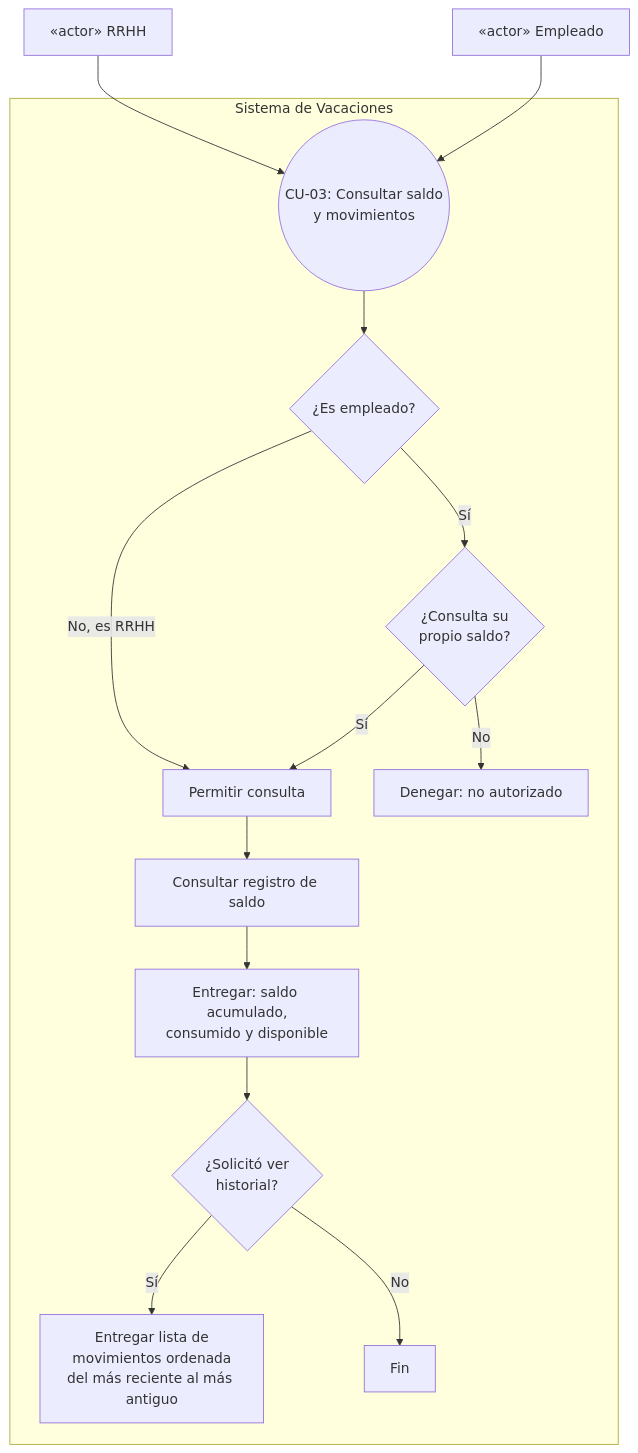
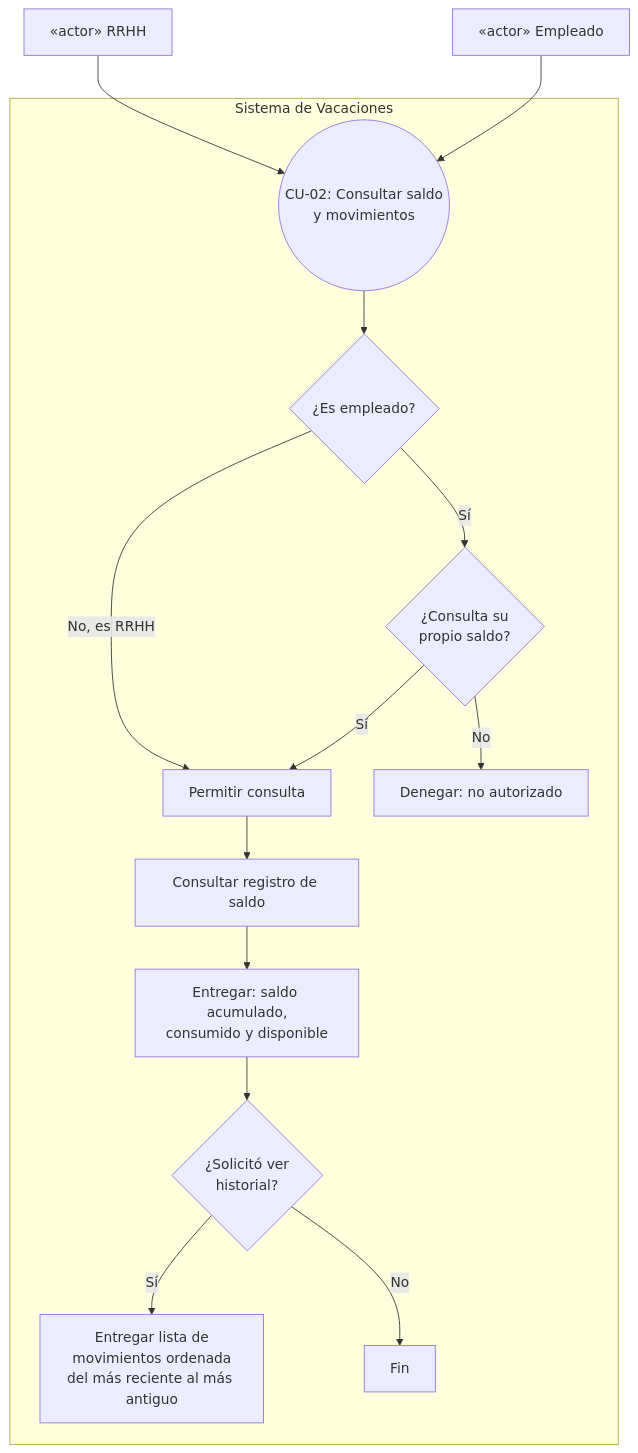
The second of 19 diagrams in docs/use-case-diagrams.md (Oscar26-zs/Solicitud_de_Vacaciones), drawn with Mermaid before and after one commit. The commit also changed other lines of this file and 1 other file, not shown here.

````diff
--- a/docs/use-case-diagrams.md
+++ b/docs/use-case-diagrams.md
@@ -81,25 +60,25 @@
 ```mermaid
 graph TB
     subgraph S["Sistema de Vacaciones"]
-        CU03(("CU-03: Consultar saldo<br/>y movimientos"))
+        CU02(("CU-02: Consultar saldo<br/>y movimientos"))
         A1{¿Es empleado?}
         A2{¿Consulta su<br/>propio saldo?}
         A3[Permitir consulta]
         A4[Denegar: no autorizado]
         Q1[Consultar registro de saldo]
         Q2[Entregar: saldo acumulado,<br/>consumido y disponible]
         Q3{¿Solicitó ver<br/>historial?}
         Q4[Entregar lista de<br/>movimientos ordenada<br/>del más reciente al más antiguo]
 
-        CU03 --> A1
+        CU02 --> A1
         A1 -->|Sí| A2
         A2 -->|Sí| A3
         A2 -->|No| A4
         A1 -->|No, es RRHH| A3
         A3 --> Q1 --> Q2 --> Q3
         Q3 -->|Sí| Q4
         Q3 -->|No| Fin
     end
-    Emp["«actor» Empleado"] --> CU03
-    RRHH["«actor» RRHH"] --> CU03
+    Emp["«actor» Empleado"] --> CU02
+    RRHH["«actor» RRHH"] --> CU02
 ```
````
